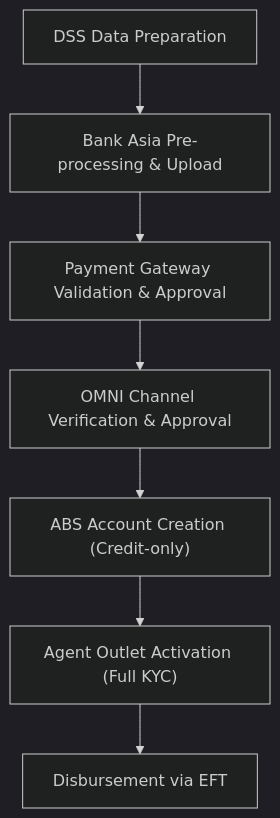
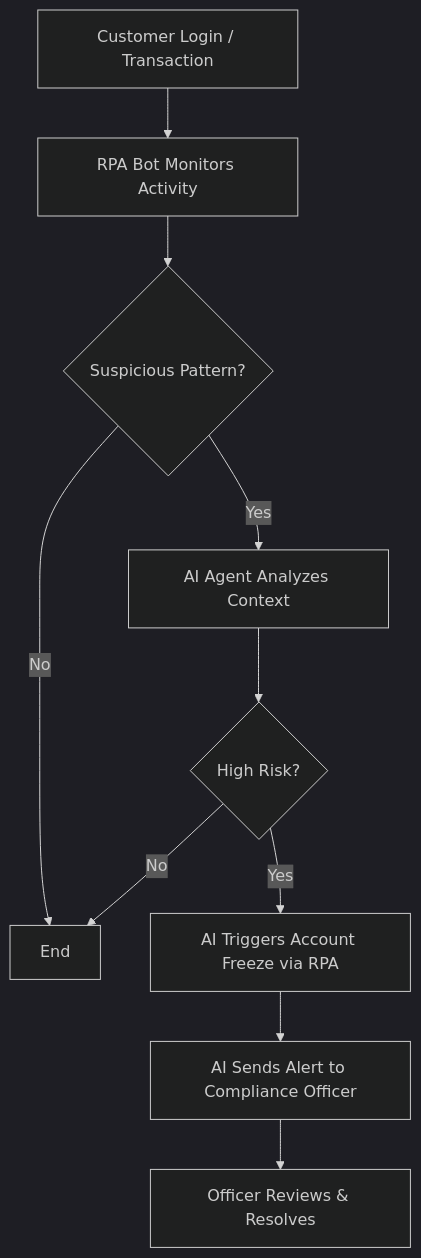
One commit to anisjkb/AI-Prompt-Engineering changed the diagram in README.md. Above: the diagram before and after it, drawn with Mermaid (dark theme). The commit also changed other lines of this file, not shown here.

````diff
--- a/README.md
+++ b/README.md
@@ -20,9 +15,12 @@
 ```mermaid
 graph TD
-    A["DSS Data Preparation"] --> B["Bank Asia Pre-processing & Upload"]
-    B --> C["Payment Gateway Validation & Approval"]
-    C --> D["OMNI Channel Verification & Approval"]
-    D --> E["ABS Account Creation (Credit-only)"]
-    E --> F["Agent Outlet Activation (Full KYC)"]
-    F --> G["Disbursement via EFT"]
+    A[Customer Login / Transaction] --> B[RPA Bot Monitors Activity]
+    B --> C{Suspicious Pattern?}
+    C -- No --> Z[End]
+    C -- Yes --> D[AI Agent Analyzes Context]
+    D --> E{High Risk?}
+    E -- No --> Z
+    E -- Yes --> F[AI Triggers Account Freeze via RPA]
+    F --> G[AI Sends Alert to Compliance Officer]
+    G --> H[Officer Reviews & Resolves]
 ```
````
